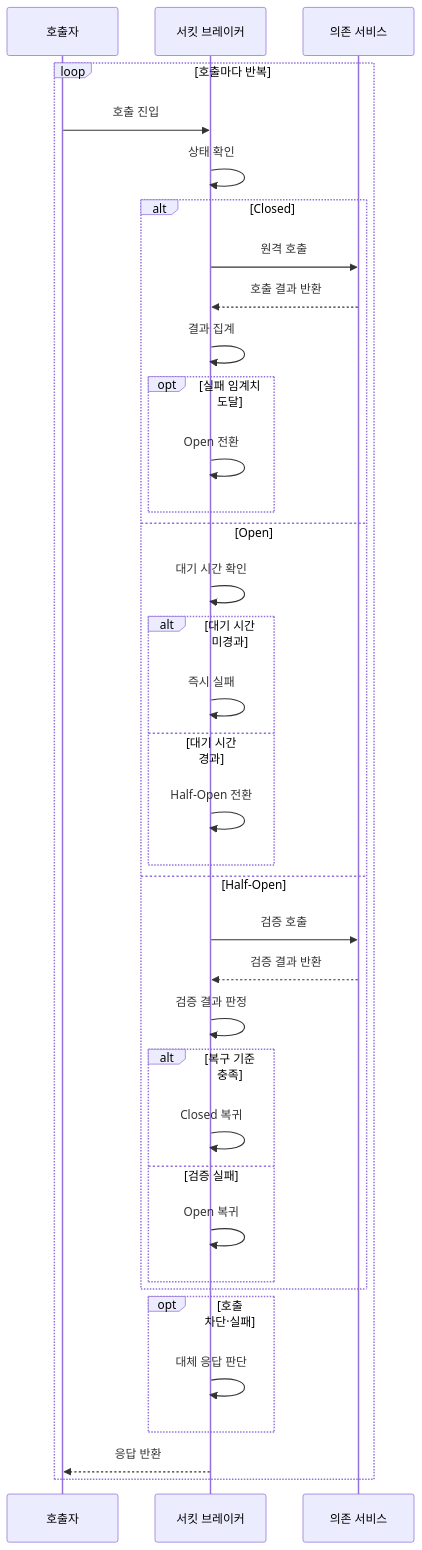
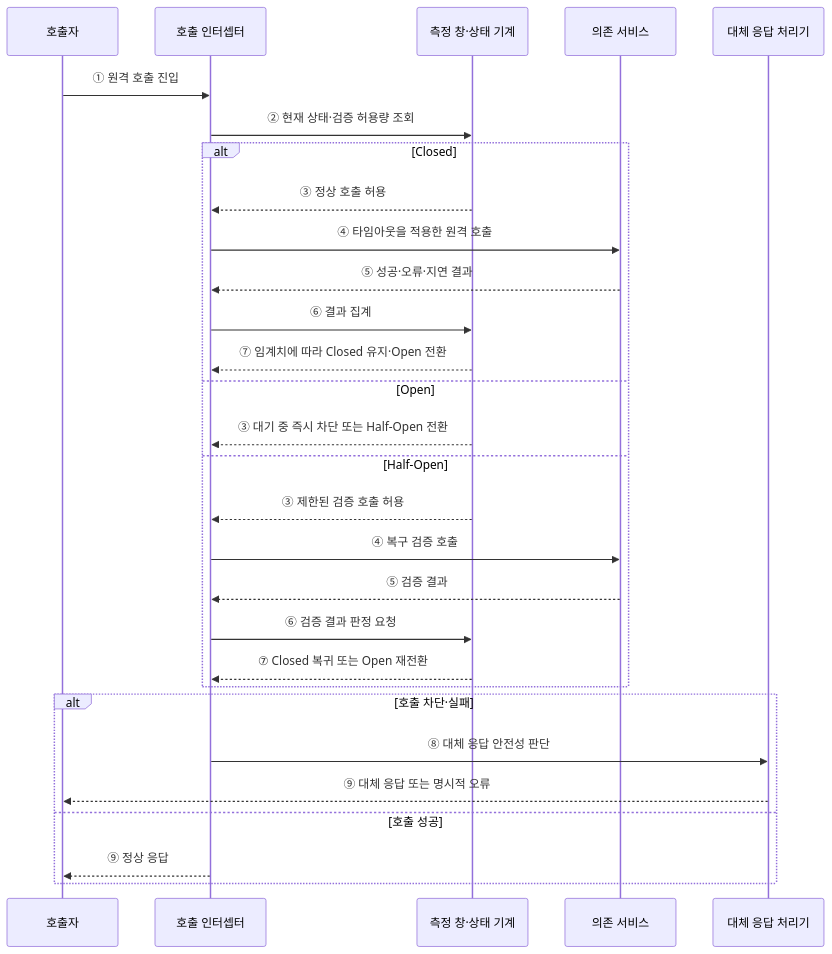
One commit to agnusdei1207/knowledge-base changed the second of 2 diagrams in src/content/docs/notes/03-software/041_circuit_breaker_pattern.md. Above: the diagram before and after it, drawn with Mermaid. The commit also changed other lines of this file and 20 other files, not shown here.

````diff
--- a/src/content/docs/notes/03-software/041_circuit_breaker_pattern.md
+++ b/src/content/docs/notes/03-software/041_circuit_breaker_pattern.md
@@ -104,38 +92,31 @@
 ```mermaid
 sequenceDiagram
     participant C as 호출자
-    participant B as 서킷 브레이커
+    participant I as 호출 인터셉터
+    participant S as 측정 창·상태 기계
     participant D as 의존 서비스
-    loop 호출마다 반복
-        C->>B: 호출 진입
-        B->>B: 상태 확인
-        alt Closed
-            B->>D: 원격 호출
-            D-->>B: 호출 결과 반환
-            B->>B: 결과 집계
-            opt 실패 임계치 도달
-                B->>B: Open 전환
-            end
-        else Open
-            B->>B: 대기 시간 확인
-            alt 대기 시간 미경과
-                B->>B: 즉시 실패
-            else 대기 시간 경과
-                B->>B: Half-Open 전환
-            end
-        else Half-Open
-            B->>D: 검증 호출
-            D-->>B: 검증 결과 반환
-            B->>B: 검증 결과 판정
-            alt 복구 기준 충족
-                B->>B: Closed 복귀
-            else 검증 실패
-                B->>B: Open 복귀
-            end
-        end
-        opt 호출 차단·실패
-            B->>B: 대체 응답 판단
-        end
-        B-->>C: 응답 반환
+    participant F as 대체 응답 처리기
+    C->>I: ① 원격 호출 진입
+    I->>S: ② 현재 상태·검증 허용량 조회
+    alt Closed
+        S-->>I: ③ 정상 호출 허용
+        I->>D: ④ 타임아웃을 적용한 원격 호출
+        D-->>I: ⑤ 성공·오류·지연 결과
+        I->>S: ⑥ 결과 집계
+        S-->>I: ⑦ 임계치에 따라 Closed 유지·Open 전환
+    else Open
+        S-->>I: ③ 대기 중 즉시 차단 또는 Half-Open 전환
+    else Half-Open
+        S-->>I: ③ 제한된 검증 호출 허용
+        I->>D: ④ 복구 검증 호출
+        D-->>I: ⑤ 검증 결과
+        I->>S: ⑥ 검증 결과 판정 요청
+        S-->>I: ⑦ Closed 복귀 또는 Open 재전환
+    end
+    alt 호출 차단·실패
+        I->>F: ⑧ 대체 응답 안전성 판단
+        F-->>C: ⑨ 대체 응답 또는 명시적 오류
+    else 호출 성공
+        I-->>C: ⑨ 정상 응답
     end
 ```
````
